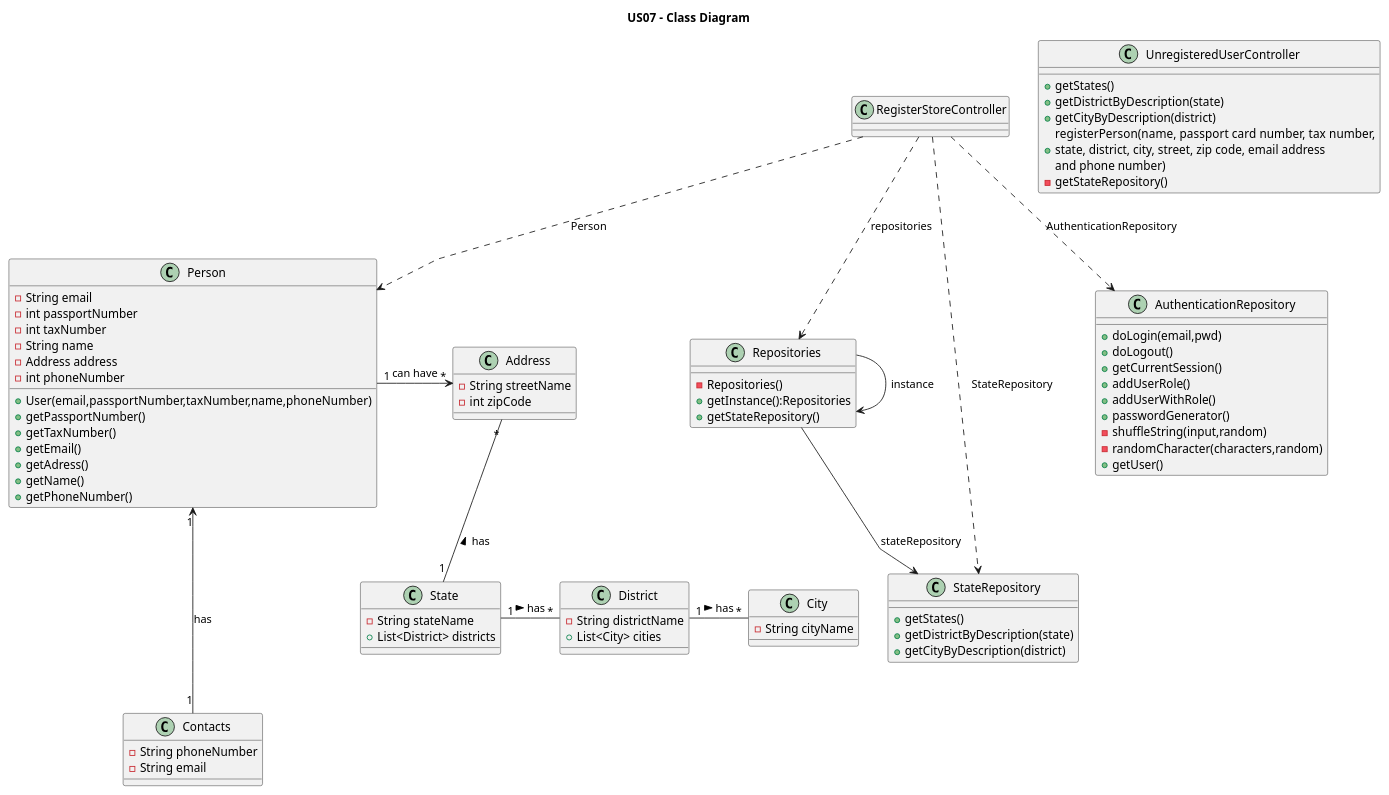
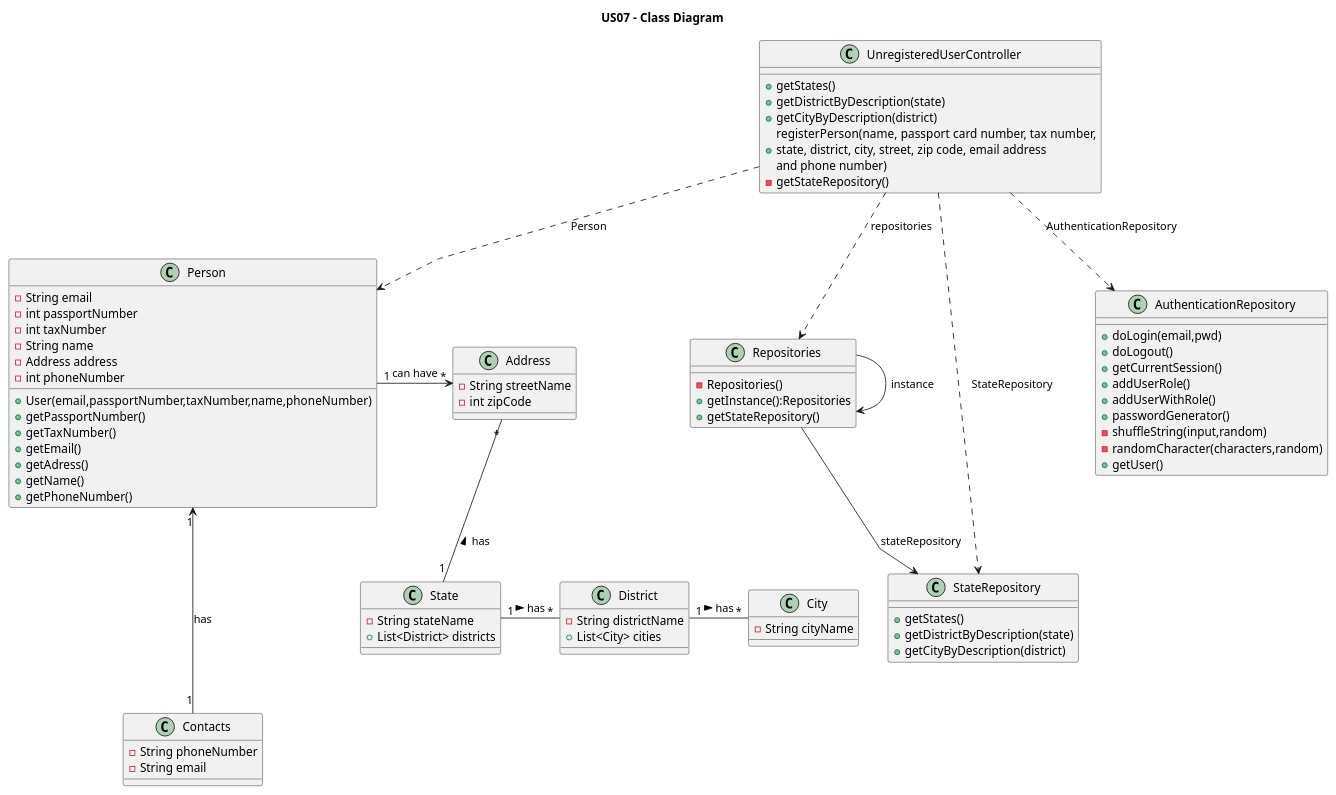
One commit to PureNimble/ISEP-LAPR2 changed the diagram in docs/sprintB/US07/03.design/puml/us07-class-diagram.puml. Above: the diagram before and after it, drawn with PlantUML. The commit also changed 5 other files, not shown here.

```diff
--- a/docs/sprintB/US07/03.design/puml/us07-class-diagram.puml
+++ b/docs/sprintB/US07/03.design/puml/us07-class-diagram.puml
@@ -1,99 +1,99 @@
 @startuml
 
 'skinparam monochrome true
 skinparam packageStyle rectangle
 skinparam shadowing false
 skinparam linetype polyline
 'skinparam linetype orto
 'skinparam classAttributeIconSize 0
 'left to right direction
 
 title US07 - Class Diagram
 
 class State {
     - String stateName
     + List<District> districts
 }
 
 class District {
     - String districtName
     + List<City> cities
 }
 
 class City {
     - String cityName
 
 }
 
 class Contacts {
     -String phoneNumber
     -String email
 }
 
 class Address {
     - String streetName
     - int zipCode
 }
 
 class Repositories {
     -Repositories()
     +getInstance():Repositories
     +getStateRepository()
 }
 
 class StateRepository {
     +getStates()
     +getDistrictByDescription(state)
     +getCityByDescription(district)
 }
 
 class AuthenticationRepository{
     +doLogin(email,pwd)
     +doLogout()
     +getCurrentSession()
     +addUserRole()
     +addUserWithRole()
     +passwordGenerator()
     -shuffleString(input,random)
     -randomCharacter(characters,random)
 +getUser()
 }
 
 class UnregisteredUserController {
     + getStates()
     + getDistrictByDescription(state)
     + getCityByDescription(district)
     + registerPerson(name, passport card number, tax number,\nstate, district, city, street, zip code, email address\nand phone number)
     - getStateRepository()
 }
 
 class Person {
     - String email
     - int passportNumber
     - int taxNumber
     - String name
     - Address address
     - int phoneNumber
 
     +User(email,passportNumber,taxNumber,name,phoneNumber)
     +getPassportNumber()
     +getTaxNumber()
     +getEmail()
     +getAdress()
     +getName()
     +getPhoneNumber()
 }
 
 Repositories -> Repositories:instance
 Repositories --> StateRepository: stateRepository
-RegisterStoreController ..> Repositories : repositories
-RegisterStoreController ..> StateRepository : StateRepository
-RegisterStoreController ..> AuthenticationRepository : AuthenticationRepository
-RegisterStoreController ..> Person : Person
+UnregisteredUserController ..> Repositories : repositories
+UnregisteredUserController ..> StateRepository : StateRepository
+UnregisteredUserController ..> AuthenticationRepository : AuthenticationRepository
+UnregisteredUserController ..> Person : Person
 Person "1" -right-> "*"  Address : can have
 State "1" -up- "*" Address: has >
 District "1" -right- "*" City : has >
 State "1" -right- "*" District : has >
 Contacts "1" -up--> "1" Person: has
 
 @enduml
```
